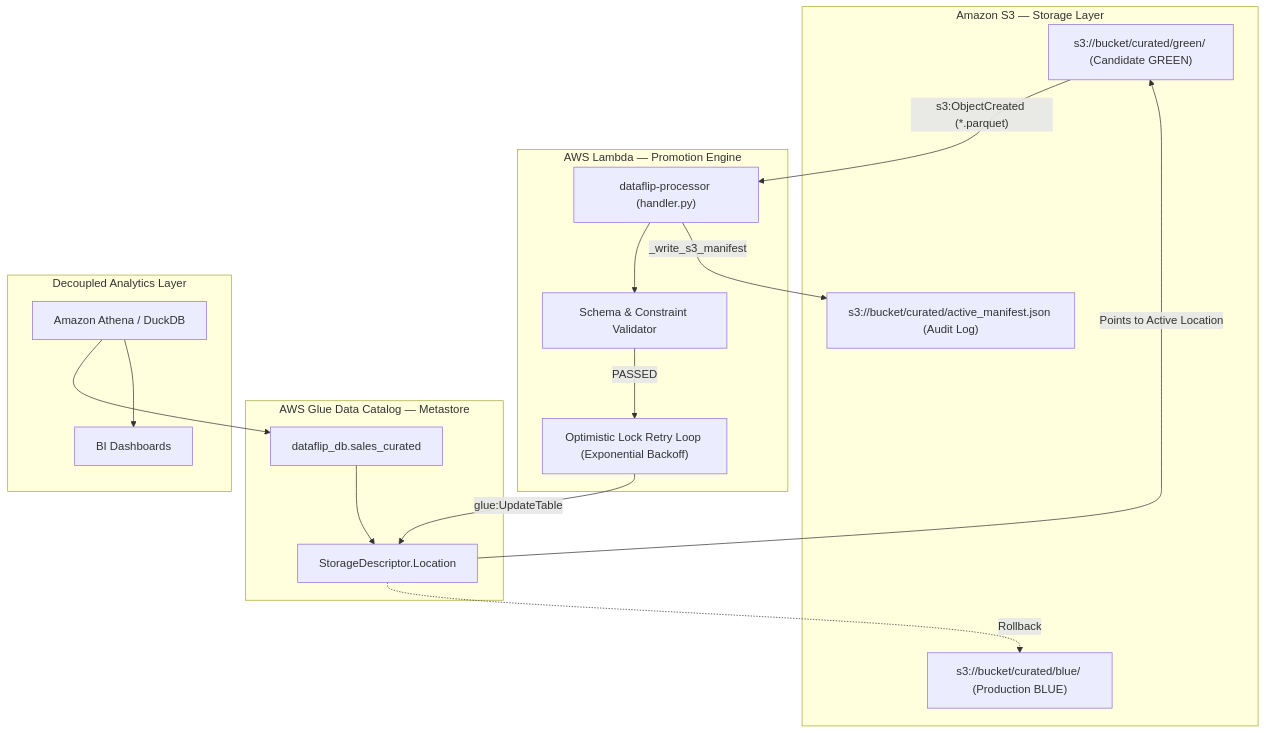
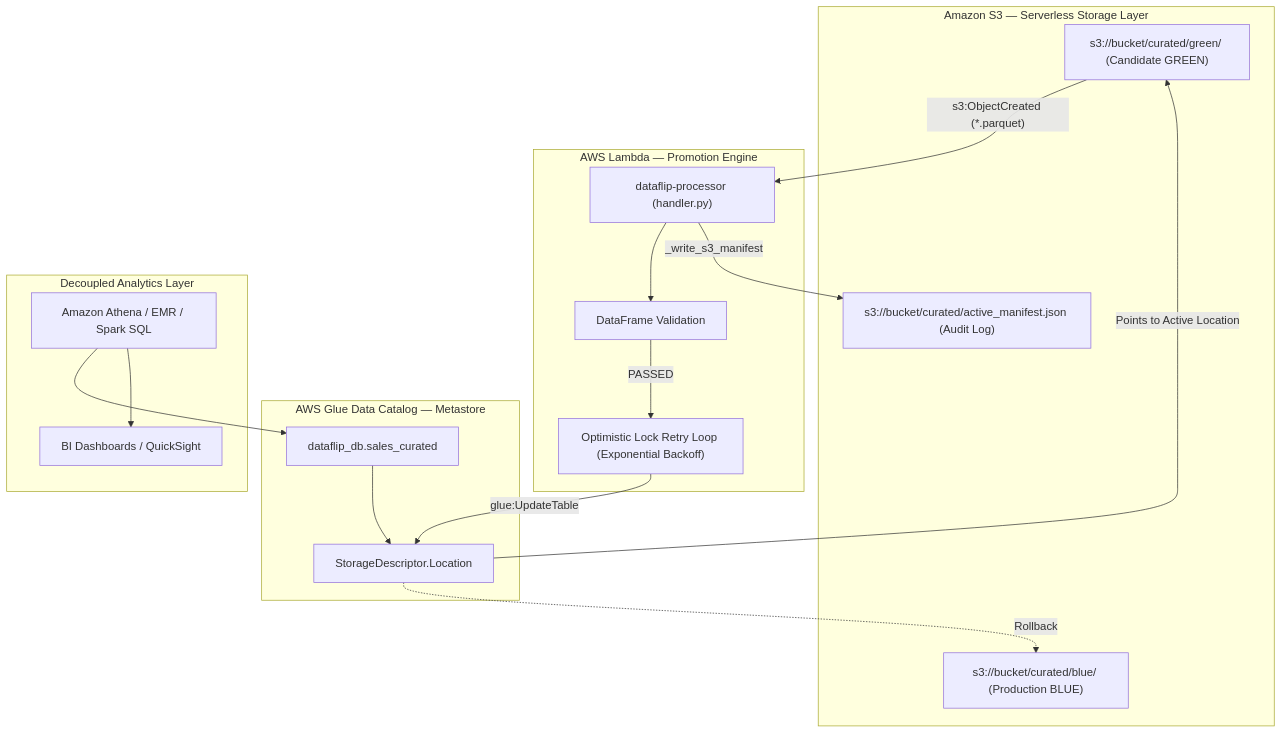
One commit to sanmathik8/Dataflip changed the diagram in README.md. Above: the diagram before and after it, drawn with Mermaid. The commit also changed other lines of this file and 13 other files, not shown here.

Commit message:
Refactor: remove local simulation code, focus repository purely on AWS cloud architecture

````diff
--- a/README.md
+++ b/README.md
@@ -68,35 +54,35 @@
 ```mermaid
 flowchart TD
-    subgraph Storage [Amazon S3 — Storage Layer]
+    subgraph Storage [Amazon S3 — Serverless Storage Layer]
         S3_BLUE["s3://bucket/curated/blue/ (Production BLUE)"]
         S3_GREEN["s3://bucket/curated/green/ (Candidate GREEN)"]
         S3_MANIFEST["s3://bucket/curated/active_manifest.json (Audit Log)"]
     end
 
     subgraph Compute [AWS Lambda — Promotion Engine]
         LAMBDA["dataflip-processor (handler.py)"]
-        VALIDATOR["Schema & Constraint Validator"]
+        VALIDATOR["DataFrame Validation"]
         RETRY_LOOP["Optimistic Lock Retry Loop (Exponential Backoff)"]
     end
 
     subgraph Catalog [AWS Glue Data Catalog — Metastore]
         GLUE_TABLE["dataflip_db.sales_curated"]
         POINTER["StorageDescriptor.Location"]
     end
 
     subgraph Analytics [Decoupled Analytics Layer]
-        ATHENA["Amazon Athena / DuckDB"]
-        DASHBOARD["BI Dashboards"]
+        ATHENA["Amazon Athena / EMR / Spark SQL"]
+        DASHBOARD["BI Dashboards / QuickSight"]
     end
 
     S3_GREEN -- "s3:ObjectCreated (*.parquet)" --> LAMBDA
     LAMBDA --> VALIDATOR
     VALIDATOR -->|PASSED| RETRY_LOOP
     RETRY_LOOP -->|glue:UpdateTable| POINTER
     POINTER -->|Points to Active Location| S3_GREEN
     POINTER -. Rollback .-> S3_BLUE
     GLUE_TABLE --> POINTER
     ATHENA --> GLUE_TABLE
     ATHENA --> DASHBOARD
     LAMBDA -->|_write_s3_manifest| S3_MANIFEST
 ```
````
